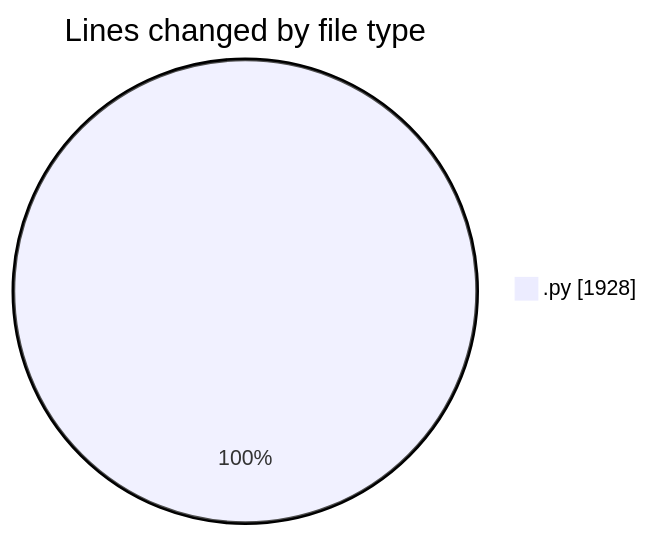
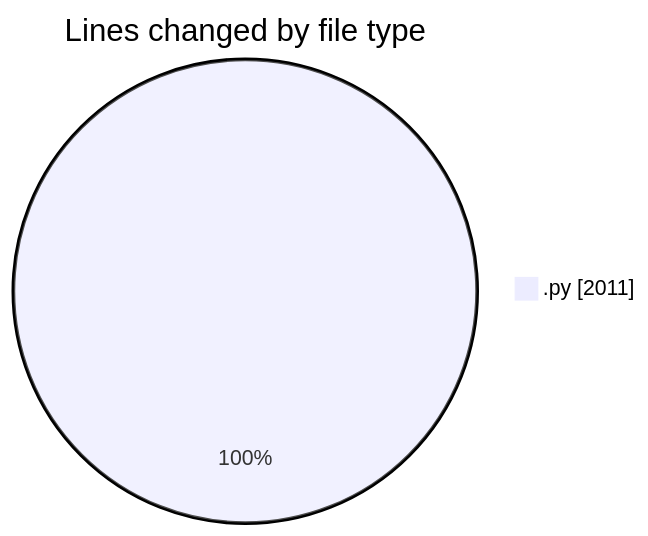
One commit to MatusMokan/code-tracking changed the first of 2 diagrams in 2025-04-12/myws__workspace_/README.md. Above: the diagram before and after it, drawn with Mermaid. The commit also changed other lines of this file and 1 other file, not shown here.

````diff
--- a/2025-04-12/myws__workspace_/README.md
+++ b/2025-04-12/myws__workspace_/README.md
@@ -22,5 +22,5 @@
 ```mermaid
 pie showData
 title Lines changed by file type
-".py" : 1928
+".py" : 2011
 ```
````
